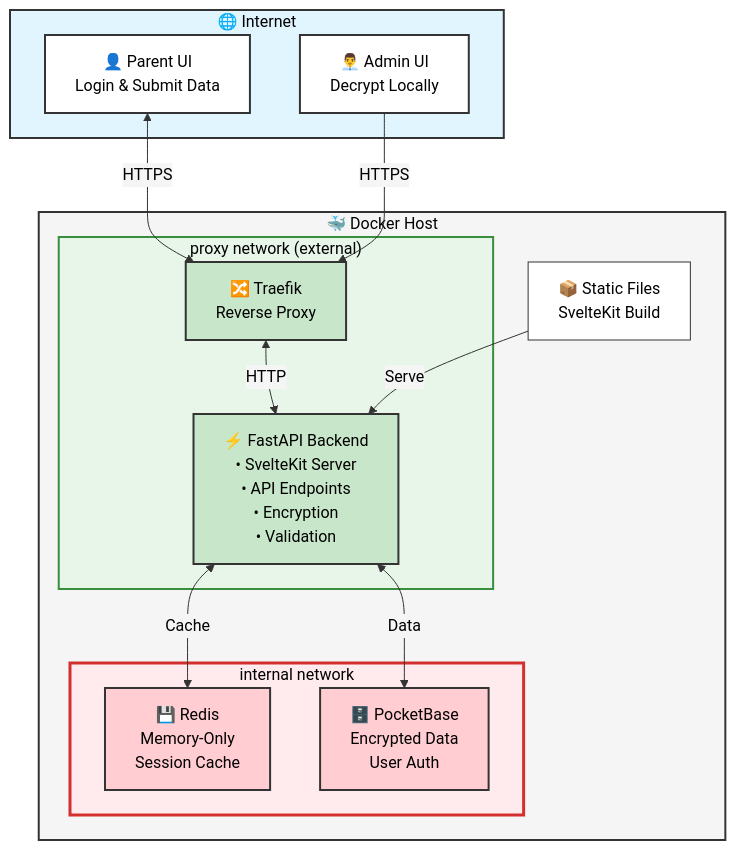
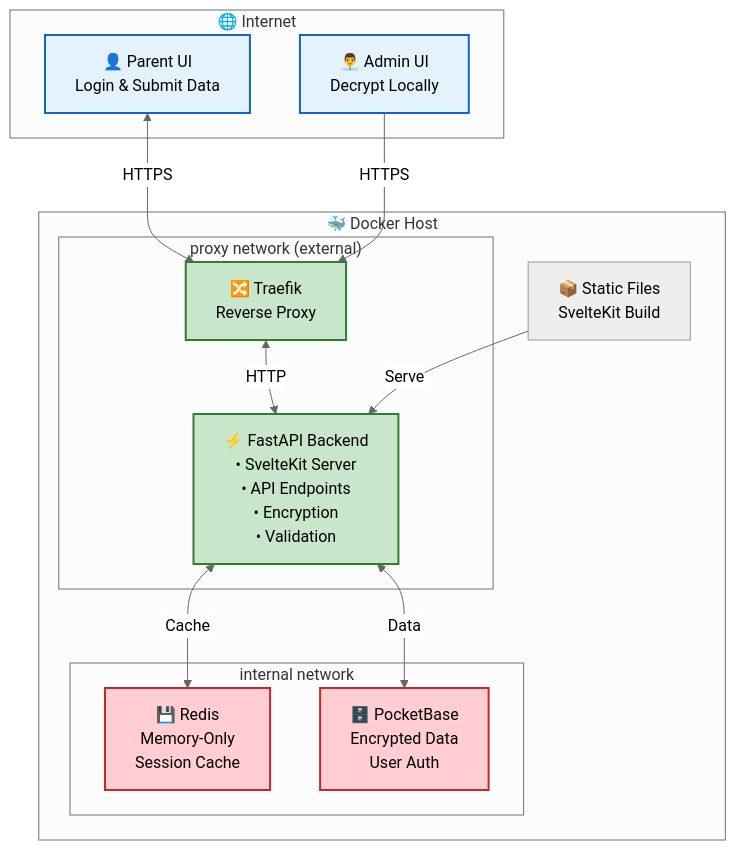
One commit to DomiDre/kigaprio changed the first of 8 diagrams in ARCHITECTURE.md. Above: the diagram before and after it, drawn with Mermaid. The commit also changed other lines of this file, not shown here.

Commit message:
Set neutral theme everywhere

````diff
--- a/ARCHITECTURE.md
+++ b/ARCHITECTURE.md
@@ -5,45 +4,40 @@
 ```mermaid
-%%{init: {'theme':'base', 'themeVariables': { 'primaryColor':'#fff','primaryTextColor':'#000','primaryBorderColor':'#333','lineColor':'#333','secondaryColor':'#f5f5f5','tertiaryColor':'#fff','background':'#ffffff','mainBkg':'#ffffff','clusterBkg':'#f9f9f9','clusterBorder':'#666'}}}%%
+%%{init: {'theme':'neutral'}}%%
 graph TB
     subgraph Internet["🌐 Internet"]
         Client["👤 Parent UI<br/>Login & Submit Data"]
         AdminInterface["👨‍💼 Admin UI<br/>Decrypt Locally"]
     end
 
     subgraph Docker["🐳 Docker Host"]
         subgraph ProxyNet["proxy network (external)"]
             Backend["⚡ FastAPI Backend<br/>• SvelteKit Server<br/>• API Endpoints<br/>• Encryption<br/>• Validation"]
             Traefik["🔀 Traefik<br/>Reverse Proxy"]
         end
         
         subgraph InternalNet["internal network"]
             Redis["💾 Redis<br/>Memory-Only<br/>Session Cache"]
             PocketBase["🗄️ PocketBase<br/>Encrypted Data<br/>User Auth"]
         end
         
         StaticVolume["📦 Static Files<br/>SvelteKit Build"]
     end
 
     Client <-->|"HTTPS"| Traefik
     Traefik <-->|"HTTP"| Backend
     Backend <-->|"Cache"| Redis
     Backend <-->|"Data"| PocketBase
     StaticVolume -->|"Serve"| Backend
     AdminInterface -->|"HTTPS"| Traefik
 
-    classDef backend fill:#c8e6c9,stroke:#333,stroke-width:2px,color:#000
-    classDef database fill:#ffcdd2,stroke:#333,stroke-width:2px,color:#000
-    classDef client fill:#fff,stroke:#333,stroke-width:2px,color:#000
+    classDef backend fill:#c8e6c9,stroke:#2e7d32,stroke-width:2px
+    classDef database fill:#ffcdd2,stroke:#c62828,stroke-width:2px
+    classDef client fill:#e3f2fd,stroke:#1565c0,stroke-width:2px
 
     class Traefik backend
     class Backend backend
     class PocketBase database
     class Redis database
     class Client client
     class AdminInterface client
-
-    style Internet fill:#e1f5ff,stroke:#333,stroke-width:2px,color:#000
-    style Docker fill:#f5f5f5,stroke:#333,stroke-width:2px,color:#000
-    style InternalNet fill:#ffebee,stroke:#d32f2f,stroke-width:3px,color:#000
-    style ProxyNet fill:#e8f5e9,stroke:#388e3c,stroke-width:2px,color:#000
 ```
````
